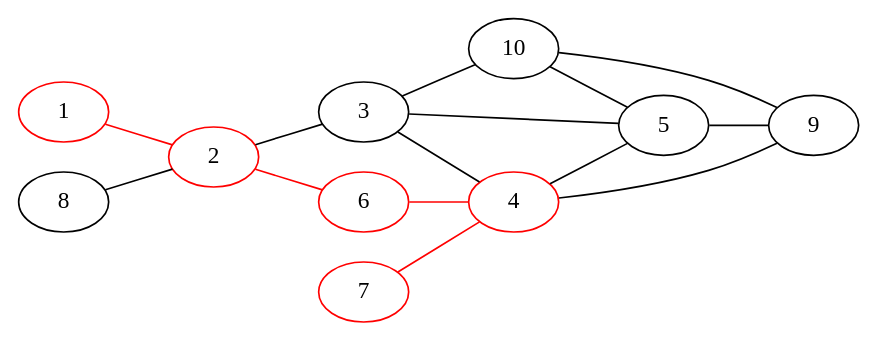
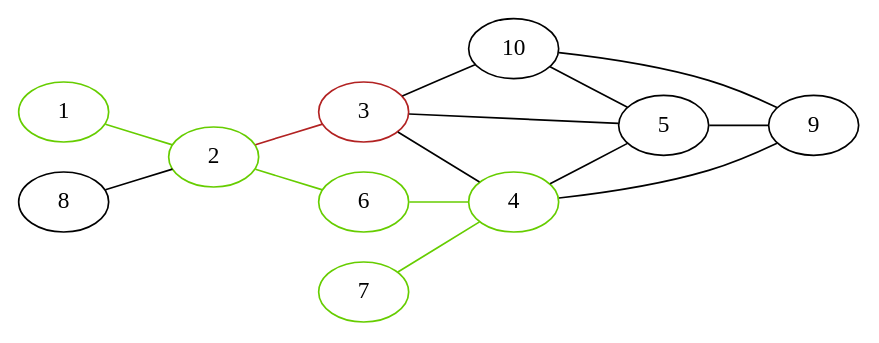
The diagram in inst/extdata/minbcd_path.dot (nctx/rnctx), drawn with Graphviz before and after one commit. The commit also changed 1 other file, not shown here.

```diff
--- a/inst/extdata/minbcd_path.dot
+++ b/inst/extdata/minbcd_path.dot
@@ -1,27 +1,27 @@
 graph G {
   rankdir="LR";
-0 [color=red, label=1];
-1 [color=red, label=2];
-2 [color=black, label=3];
-3 [color=red, label=4];
+0 [color=chartreuse3, label=1];
+1 [color=chartreuse3, label=2];
+2 [color=firebrick, label=3];
+3 [color=chartreuse3, label=4];
 4 [color=black, label=5];
-5 [color=red, label=6];
-6 [color=red, label=7];
+5 [color=chartreuse3, label=6];
+6 [color=chartreuse3, label=7];
 7 [color=black, label=8];
 8 [color=black, label=9];
 9 [color=black, label=10];
-0--1  [color=red];
-1--2  [color=black];
+0--1  [color=chartreuse3];
+1--2  [color=firebrick];
 2--3  [color=black];
 3--4  [color=black];
 2--4  [color=black];
 4--8  [color=black];
-5--3  [color=red];
-6--3  [color=red];
-1--5  [color=red];
+5--3  [color=chartreuse3];
+6--3  [color=chartreuse3];
+1--5  [color=chartreuse3];
 7--1  [color=black];
 8--3  [color=black];
 2--9  [color=black];
 9--4  [color=black];
 9--8  [color=black];
 }
```
